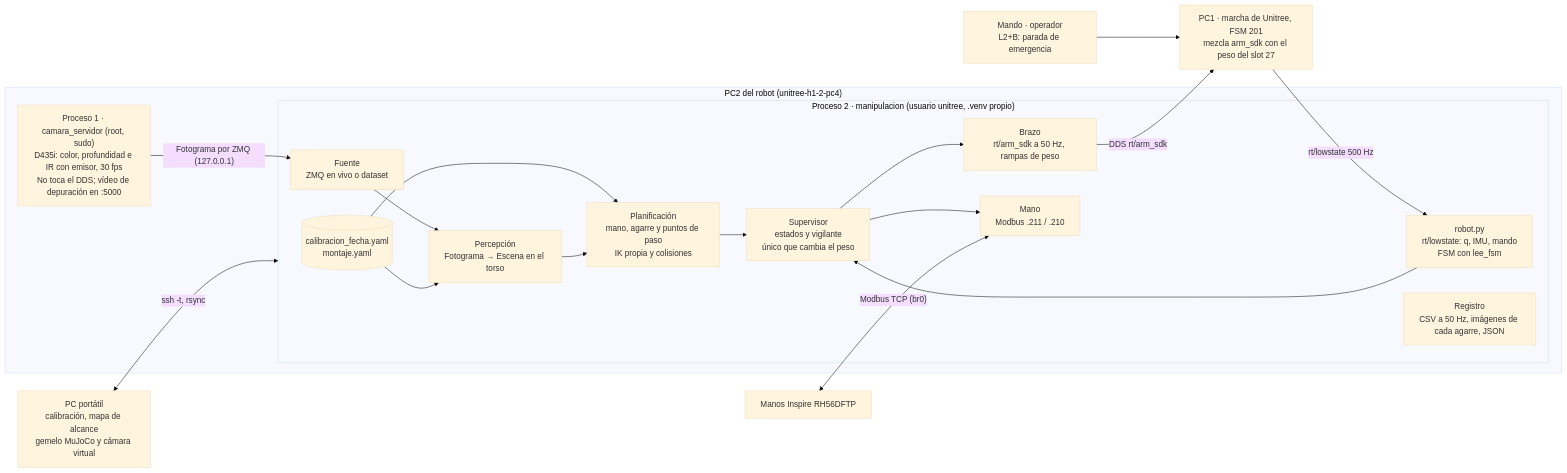
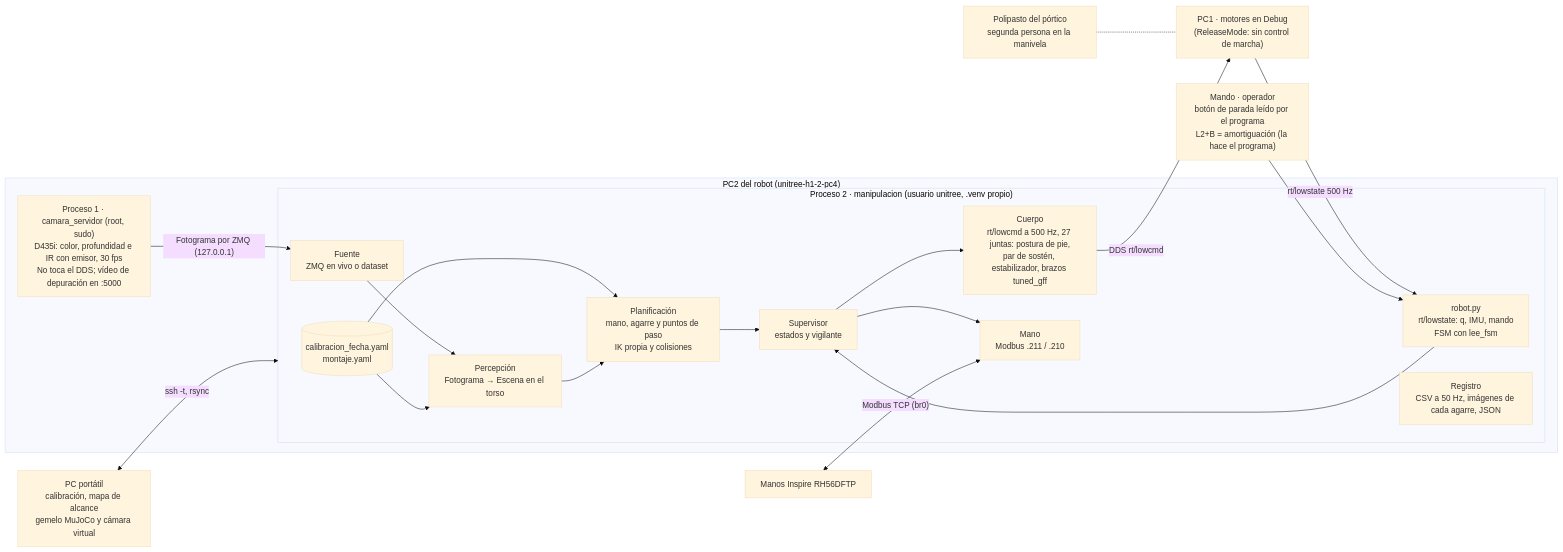
One commit to smorales2405/h1_2_utec changed the first of 3 diagrams in retos_capacitacion/manipulacion/docs/PLAN.md. Above: the diagram before and after it, drawn with Mermaid (base theme). The commit also changed other lines of this file and 59 other files, not shown here.

````diff
--- a/retos_capacitacion/manipulacion/docs/PLAN.md
+++ b/retos_capacitacion/manipulacion/docs/PLAN.md
@@ -70,24 +129,25 @@
 ```mermaid
 flowchart LR
   subgraph PC2["PC2 del robot (unitree-h1-2-pc4)"]
     CAM["Proceso 1 · camara_servidor (root, sudo)<br/>D435i: color, profundidad e IR con emisor, 30 fps<br/>No toca el DDS; vídeo de depuración en :5000"]
     subgraph MAN["Proceso 2 · manipulacion (usuario unitree, .venv propio)"]
       F["Fuente<br/>ZMQ en vivo o dataset"] --> P["Percepción<br/>Fotograma → Escena en el torso"]
       CAL[("calibracion_fecha.yaml<br/>montaje.yaml")] --> P
       CAL --> PL
       P --> PL["Planificación<br/>mano, agarre y puntos de paso<br/>IK propia y colisiones"]
-      PL --> S["Supervisor<br/>estados y vigilante<br/>único que cambia el peso"]
-      S --> B["Brazo<br/>rt/arm_sdk a 50 Hz, rampas de peso"]
+      PL --> S["Supervisor<br/>estados y vigilante"]
+      S --> B["Cuerpo<br/>rt/lowcmd a 500 Hz, 27 juntas: postura de pie,<br/>par de sostén, estabilizador, brazos tuned_gff"]
       S --> M["Mano<br/>Modbus .211 / .210"]
       R["robot.py<br/>rt/lowstate: q, IMU, mando<br/>FSM con lee_fsm"] --> S
       REG["Registro<br/>CSV a 50 Hz, imágenes de cada agarre, JSON"]
     end
     CAM -- "Fotograma por ZMQ (127.0.0.1)" --> F
   end
-  PC1["PC1 · marcha de Unitree, FSM 201<br/>mezcla arm_sdk con el peso del slot 27"]
-  B -- "DDS rt/arm_sdk" --> PC1
+  PC1["PC1 · motores en Debug<br/>(ReleaseMode: sin control de marcha)"]
+  B -- "DDS rt/lowcmd" --> PC1
   PC1 -- "rt/lowstate 500 Hz" --> R
   MANOS["Manos Inspire RH56DFTP"] <-- "Modbus TCP (br0)" --> M
-  MANDO["Mando · operador<br/>L2+B: parada de emergencia"] --> PC1
+  MANDO["Mando · operador<br/>botón de parada leído por el programa<br/>L2+B = amortiguación (la hace el programa)"] --> R
+  POLI["Polipasto del pórtico<br/>segunda persona en la manivela"] -.- PC1
   PORT["PC portátil<br/>calibración, mapa de alcance<br/>gemelo MuJoCo y cámara virtual"] <-- "ssh -t, rsync" --> MAN
 ```
````
